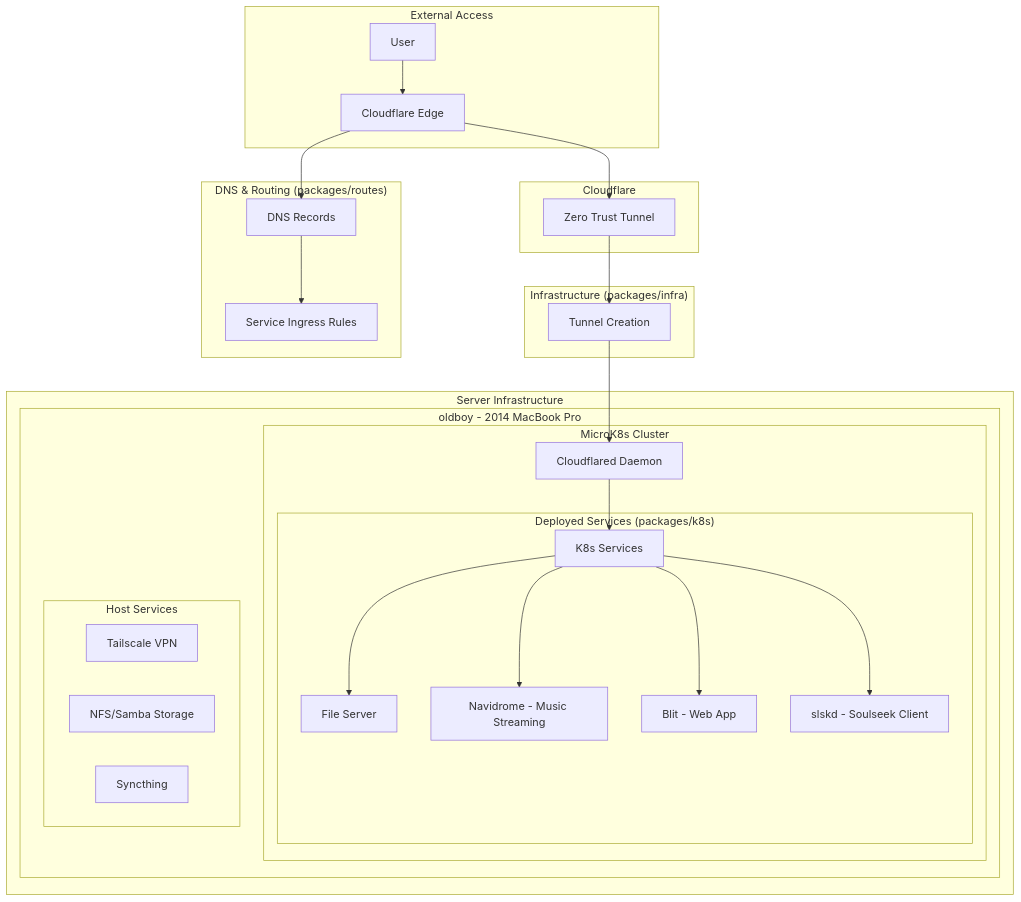
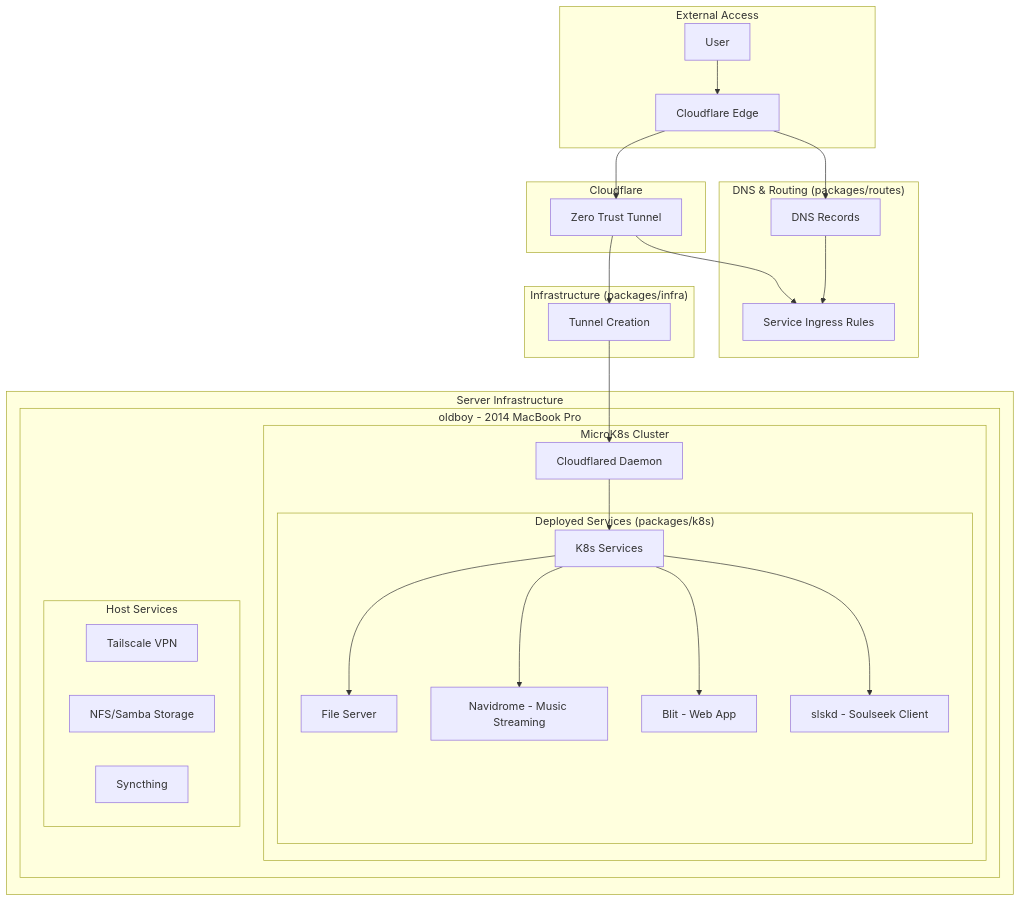
One commit to radiosilence/jaritanet changed the diagram in README.md. Above: the diagram before and after it, drawn with Mermaid.

Commit message:
Add tunnel to ingress rules connection in diagram
- Shows that tunnel configuration feeds into service ingress rules
- Better represents how Cloudflare tunnels connect to routing logic

🤖 Generated with [Claude Code](https://claude.ai/code)

````diff
--- a/README.md
+++ b/README.md
@@ -13,42 +13,43 @@
 ```mermaid
 graph TB
     subgraph "External Access"
         User[User] --> CF[Cloudflare Edge]
     end
     
     subgraph "Cloudflare"
         CF --> Tunnel[Zero Trust Tunnel]
     end
     
     subgraph "Infrastructure (packages/infra)"
         Tunnel --> TunnelConfig[Tunnel Creation]
     end
     
     subgraph "DNS & Routing (packages/routes)"
         CF --> DNS[DNS Records]
-        DNS --> Ingress[Service Ingress Rules]
+        Tunnel --> Ingress[Service Ingress Rules]
+        DNS --> Ingress
     end
     
     subgraph "Server Infrastructure"
         subgraph "oldboy - 2014 MacBook Pro"
             TunnelConfig --> Cloudflared[Cloudflared Daemon]
             
             subgraph "MicroK8s Cluster"
                 Cloudflared --> Services[K8s Services]
                 
                 subgraph "Deployed Services (packages/k8s)"
                     Services --> FileServer[File Server]
                     Services --> Navidrome[Navidrome - Music Streaming]
                     Services --> Blit[Blit - Web App]
                     Services --> Slskd[slskd - Soulseek Client]
                 end
             end
             
             subgraph "Host Services"
                 Tailscale[Tailscale VPN]
                 Storage[NFS/Samba Storage]
                 Sync[Syncthing]
             end
         end
     end
 ```
````
